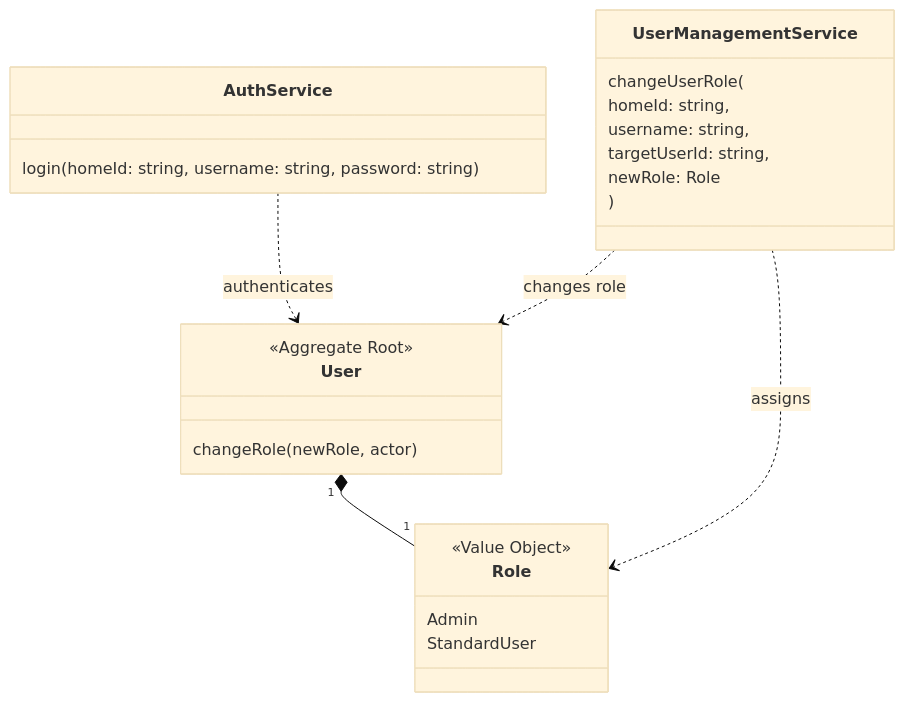
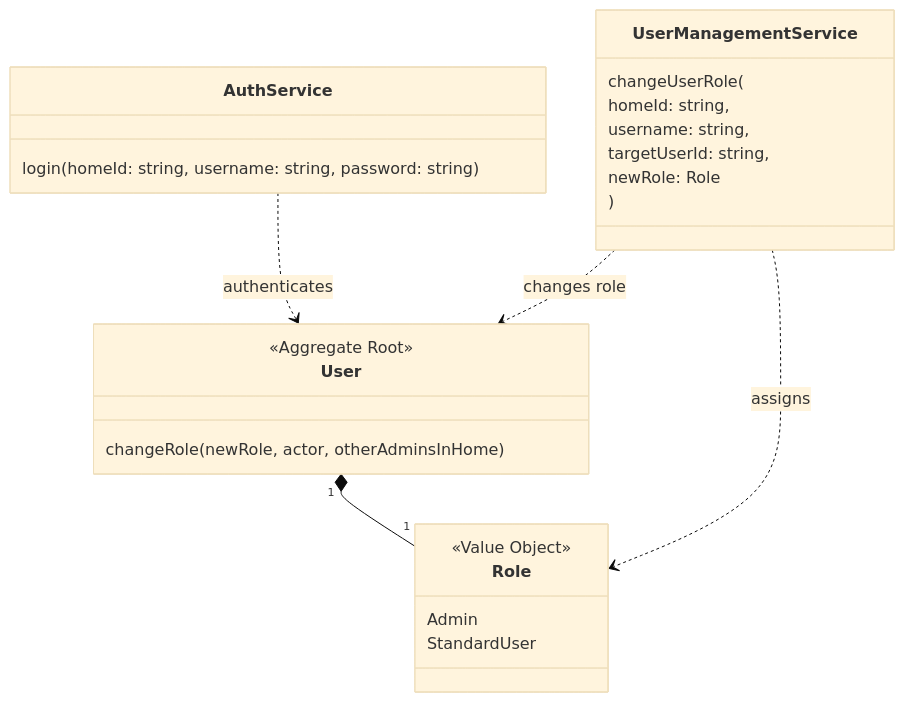
The first of 5 diagrams in docs-spe/design.md (nicolo-mn/HiHome), drawn with Mermaid (base theme) before and after one commit. The commit also changed other lines of this file and 3 other files, not shown here.

````diff
--- a/docs-spe/design.md
+++ b/docs-spe/design.md
@@ -25,28 +25,28 @@
 ```mermaid
 classDiagram
     class User {
         <<Aggregate Root>>
-        changeRole(newRole, actor)
+        changeRole(newRole, actor, otherAdminsInHome)
     }
     class Role {
         <<Value Object>>
         Admin
         StandardUser
     }
     class AuthService {
         login(homeId: string, username: string, password: string)
     }
     class UserManagementService {
         changeUserRole(
             homeId: string,
             username: string,
             targetUserId: string,
             newRole: Role
         )
     }
 
     User "1" *-- "1" Role
     AuthService ..> User : authenticates
     UserManagementService ..> User : changes role
     UserManagementService ..> Role : assigns
 ```
````
